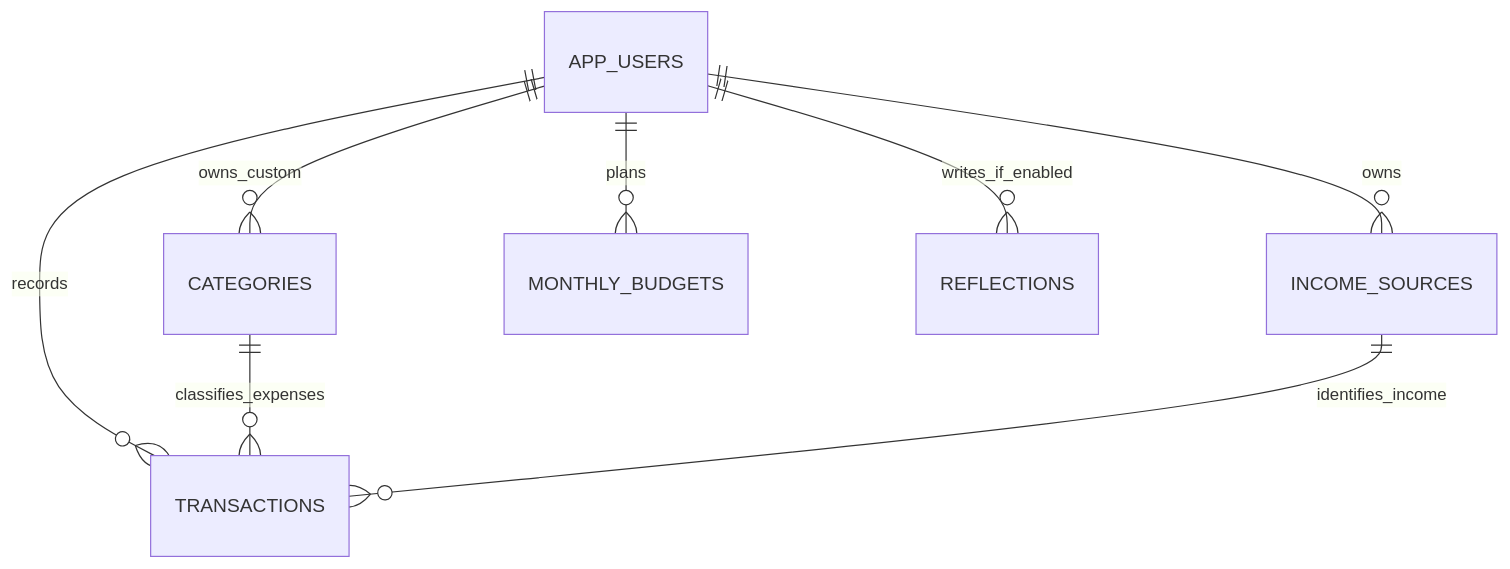
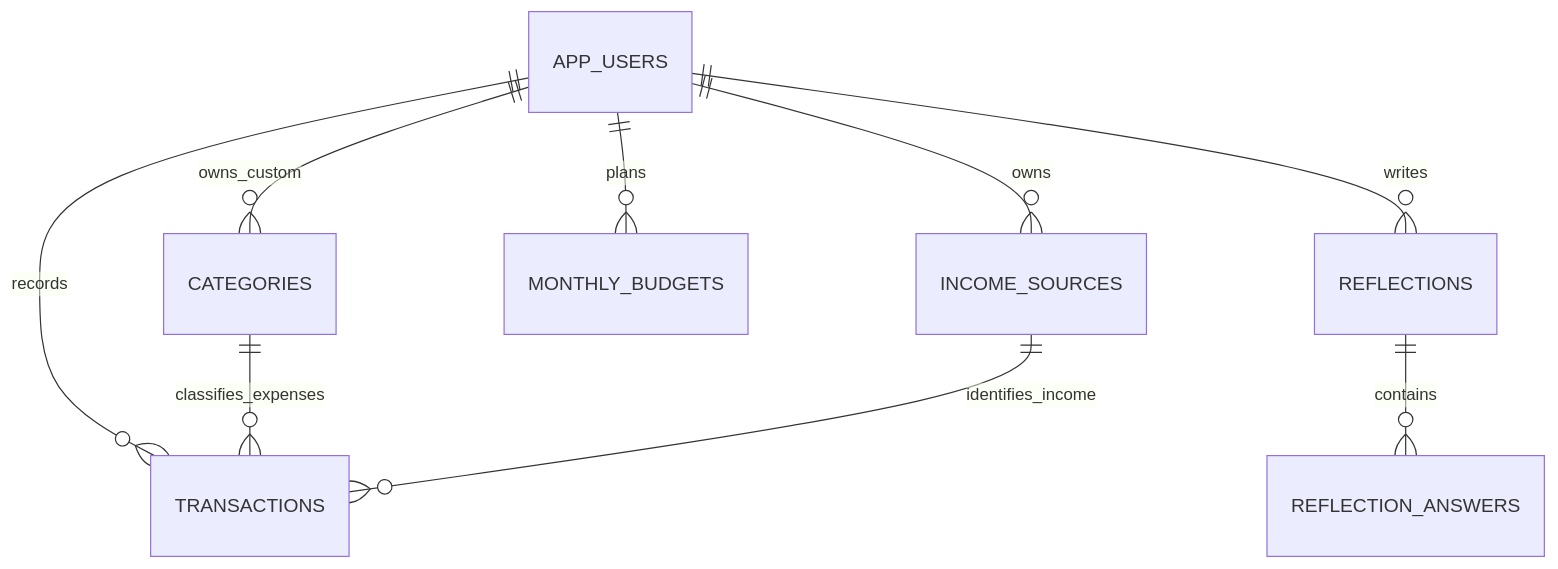
The diagram in docs/06-data/entity-relationships.md (BinojCharuka/divido-project), drawn with Mermaid before and after one commit. The commit also changed other lines of this file and 57 other files, not shown here.

````diff
--- a/docs/06-data/entity-relationships.md
+++ b/docs/06-data/entity-relationships.md
@@ -7,10 +7,11 @@
 ```mermaid
 erDiagram
     APP_USERS ||--o{ CATEGORIES : owns_custom
     APP_USERS ||--o{ INCOME_SOURCES : owns
     APP_USERS ||--o{ TRANSACTIONS : records
     APP_USERS ||--o{ MONTHLY_BUDGETS : plans
     CATEGORIES ||--o{ TRANSACTIONS : classifies_expenses
     INCOME_SOURCES ||--o{ TRANSACTIONS : identifies_income
-    APP_USERS ||--o{ REFLECTIONS : writes_if_enabled
+    APP_USERS ||--o{ REFLECTIONS : writes
+    REFLECTIONS ||--o{ REFLECTION_ANSWERS : contains
 ```
````
